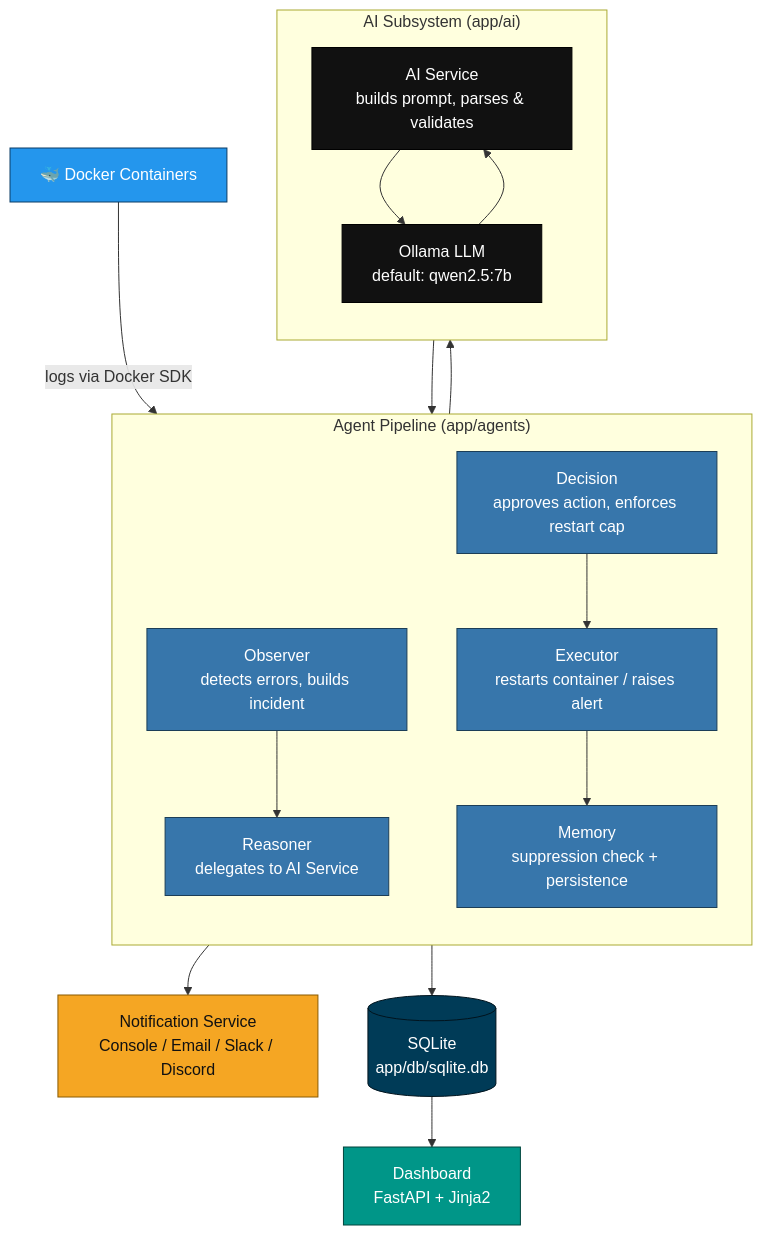
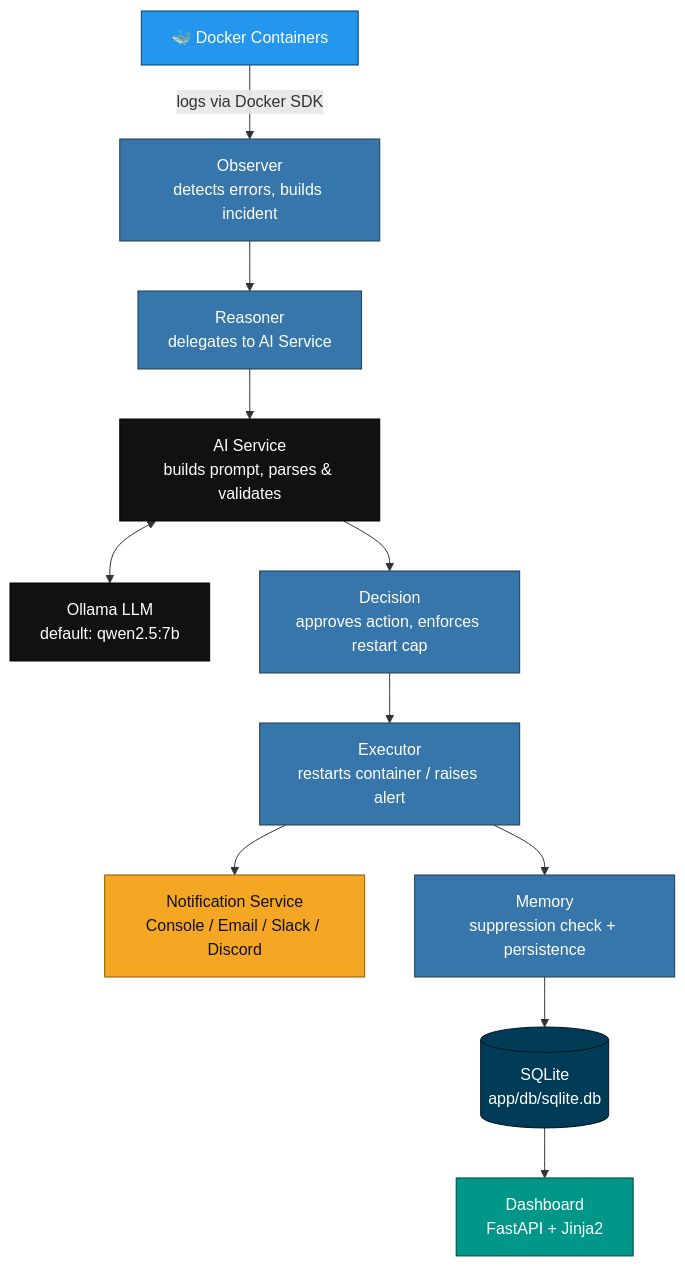
Before and after one commit to adhvaith267/container-doctor-ai: the diagram in README.md, drawn with Mermaid.

````diff
--- a/README.md
+++ b/README.md
@@ -49,49 +49,27 @@
 ```mermaid
 flowchart TD
-    Docker["🐳 Docker Containers"]
-
-    subgraph Pipeline["Agent Pipeline (app/agents)"]
-        direction TB
-        Observer["Observer\ndetects errors, builds incident"]
-        Reasoner["Reasoner\ndelegates to AI Service"]
-        Decision["Decision\napproves action, enforces restart cap"]
-        Executor["Executor\nrestarts container / raises alert"]
-        Memory["Memory\nsuppression check + persistence"]
-    end
-
-    subgraph AI["AI Subsystem (app/ai)"]
-        direction TB
-        AIService["AI Service\nbuilds prompt, parses & validates"]
-        Ollama["Ollama LLM\ndefault: qwen2.5:7b"]
-    end
-
-    Notify["Notification Service\nConsole / Email / Slack / Discord"]
-    DB[("SQLite\napp/db/sqlite.db")]
-    Dashboard["Dashboard\nFastAPI + Jinja2"]
-
-    Docker -->|logs via Docker SDK| Observer
-    Observer --> Reasoner
-    Reasoner --> AIService
-    AIService --> Ollama
-    Ollama --> AIService
-    AIService --> Decision
-    Decision --> Executor
-    Executor --> Notify
-    Executor --> Memory
-    Memory --> DB
-    DB --> Dashboard
+    Docker["🐳 Docker Containers"] -->|logs via Docker SDK| Observer["Observer\ndetects errors, builds incident"]
+    Observer --> Reasoner["Reasoner\ndelegates to AI Service"]
+    Reasoner --> AIService["AI Service\nbuilds prompt, parses & validates"]
+    AIService <--> Ollama["Ollama LLM\ndefault: qwen2.5:7b"]
+    AIService --> Decision["Decision\napproves action, enforces restart cap"]
+    Decision --> Executor["Executor\nrestarts container / raises alert"]
+    Executor --> Notify["Notification Service\nConsole / Email / Slack / Discord"]
+    Executor --> Memory["Memory\nsuppression check + persistence"]
+    Memory --> DB[("SQLite\napp/db/sqlite.db")]
+    DB --> Dashboard["Dashboard\nFastAPI + Jinja2"]
 
     classDef docker fill:#2496ED,stroke:#0b3d66,color:#fff
     classDef agent fill:#3776AB,stroke:#1c3e57,color:#fff
     classDef ai fill:#111111,stroke:#000,color:#fff
     classDef notify fill:#F5A623,stroke:#8a5a00,color:#111
     classDef db fill:#003B57,stroke:#00131d,color:#fff
-    classDef dash fill:#009688,stroke:#00453d,color:#ffff
+    classDef dash fill:#009688,stroke:#00453d,color:#fff
 
     class Docker docker
     class Observer,Reasoner,Decision,Executor,Memory agent
     class AIService,Ollama ai
     class Notify notify
     class DB db
     class Dashboard dash
 ```
````
